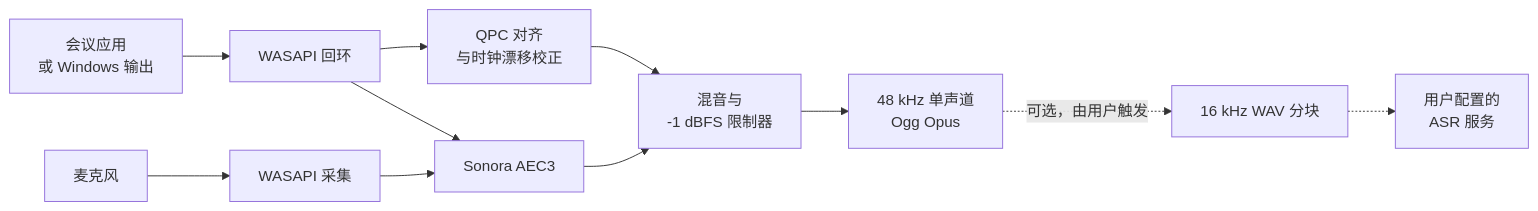
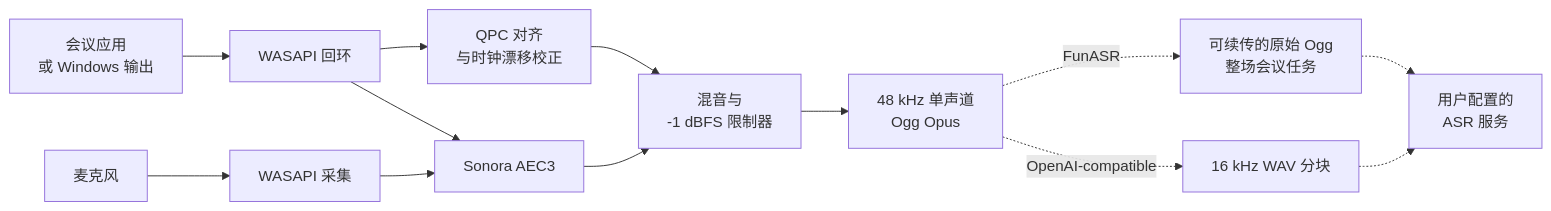
The diagram in README.zh-CN.md (kwp-lab/nota), drawn with Mermaid before and after one commit. The commit also changed other lines of this file and 33 other files, not shown here.

````diff
--- a/README.zh-CN.md
+++ b/README.zh-CN.md
@@ -80,13 +80,15 @@
 ```mermaid
 flowchart LR
     A["会议应用<br>或 Windows 输出"] --> B["WASAPI 回环"]
     C["麦克风"] --> D["WASAPI 采集"]
     B --> E["QPC 对齐<br>与时钟漂移校正"]
     D --> F["Sonora AEC3"]
     B --> F
     E --> G["混音与<br>-1 dBFS 限制器"]
     F --> G
     G --> H["48 kHz 单声道<br>Ogg Opus"]
-    H -. "可选，由用户触发" .-> I["16 kHz WAV 分块"]
+    H -. "FunASR" .-> I["可续传的原始 Ogg<br>整场会议任务"]
+    H -. "OpenAI-compatible" .-> K["16 kHz WAV 分块"]
     I -.-> J["用户配置的<br>ASR 服务"]
+    K -.-> J
 ```
````
